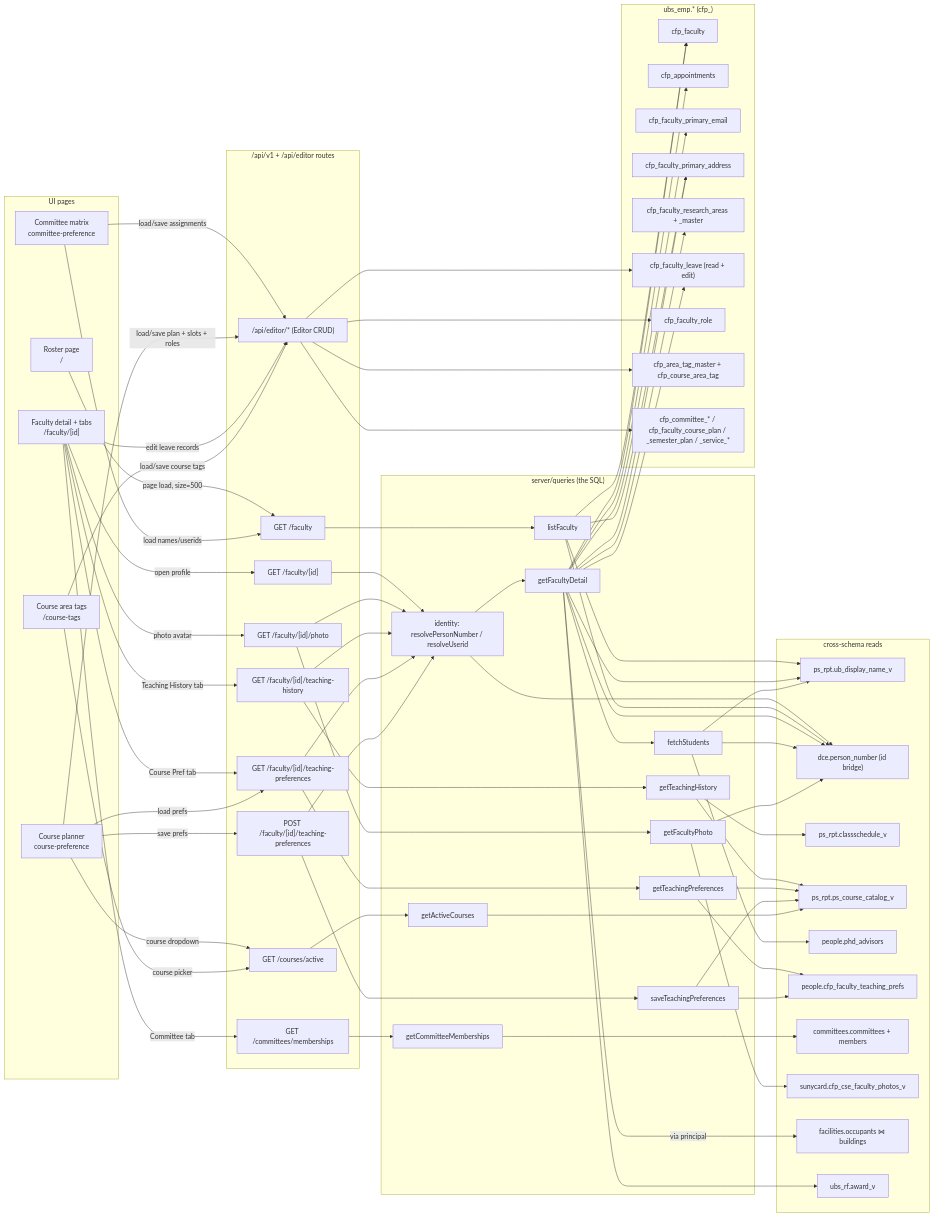
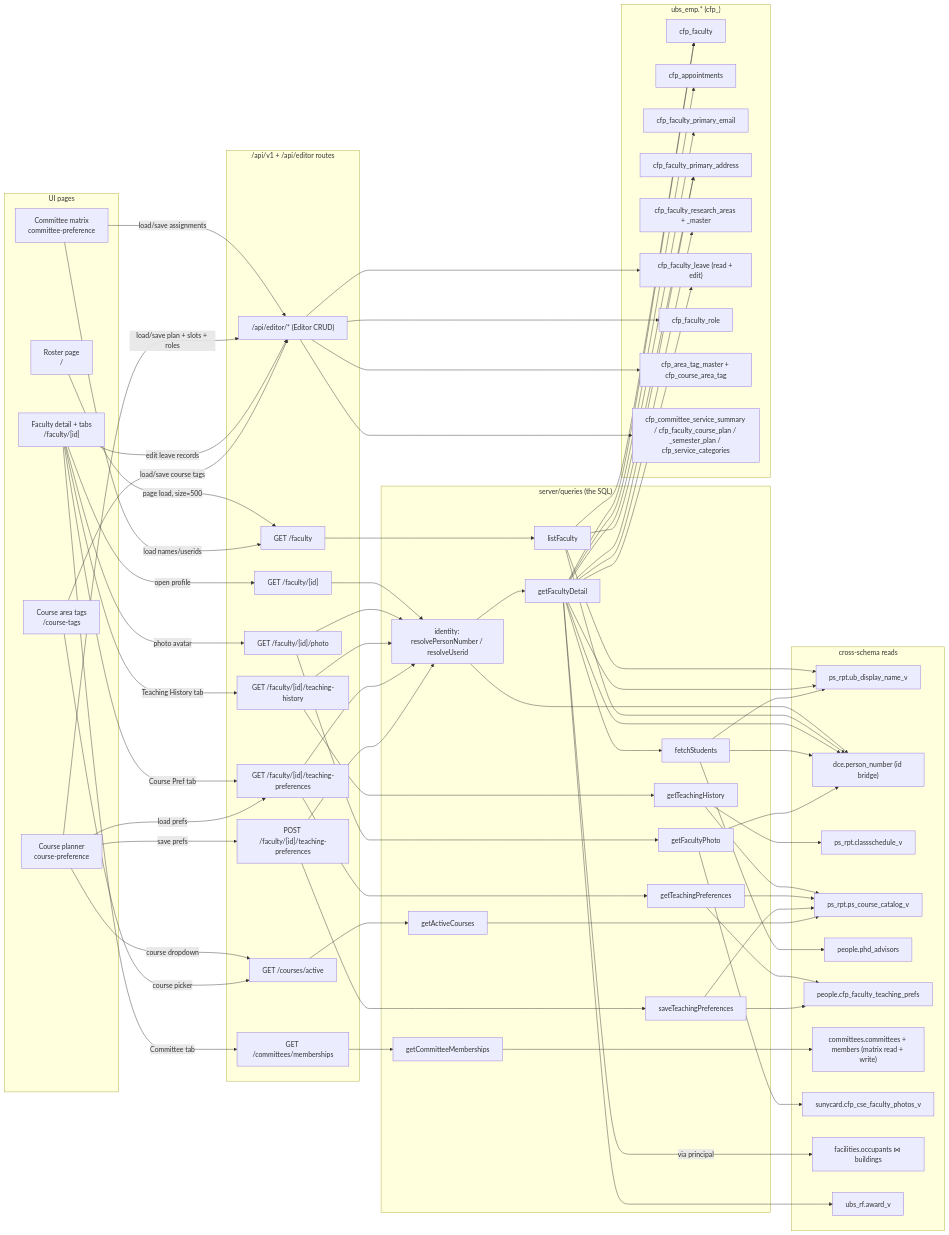
One commit to akashvignesh/cse-faculty-portal changed the first of 2 diagrams in docs/api-sql-flowchart.md. Above: the diagram before and after it, drawn with Mermaid. The commit also changed other lines of this file and 20 other files, not shown here.

```diff
--- a/docs/api-sql-flowchart.md
+++ b/docs/api-sql-flowchart.md
@@ -63,7 +63,7 @@
     t_leave["cfp_faculty_leave (read + edit)"]
     t_role["cfp_faculty_role"]
     t_tags["cfp_area_tag_master + cfp_course_area_tag"]
-    t_edTables["cfp_committee_* / cfp_faculty_course_plan / _semester_plan / _service_*"]
+    t_edTables["cfp_committee_service_summary / cfp_faculty_course_plan / _semester_plan / cfp_service_categories"]
   end
   subgraph T_other["cross-schema reads"]
     t_name["ps_rpt.ub_display_name_v"]
@@ -72,7 +72,7 @@
     t_cat["ps_rpt.ps_course_catalog_v"]
     t_adv["people.phd_advisors"]
     t_prefs["people.cfp_faculty_teaching_prefs"]
-    t_comm["committees.committees + members"]
+    t_comm["committees.committees + members (matrix read + write)"]
     t_photo["sunycard.cfp_cse_faculty_photos_v"]
     t_office["facilities.occupants ⋈ buildings"]
     t_award["ubs_rf.award_v"]
```
